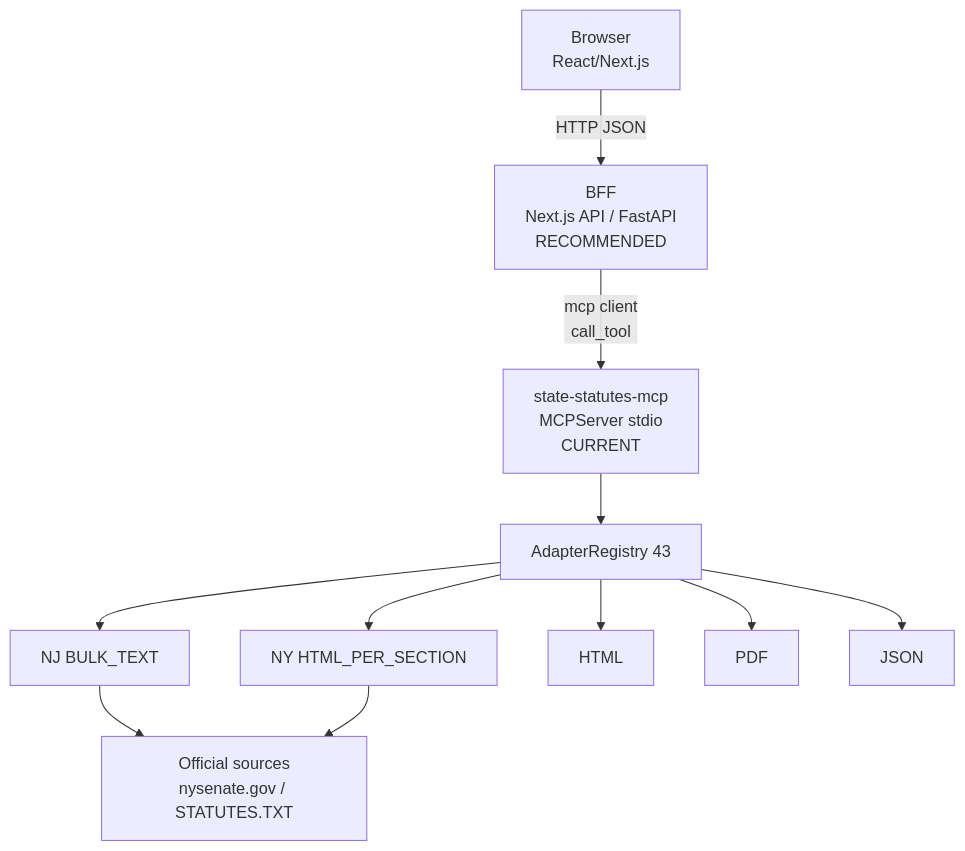
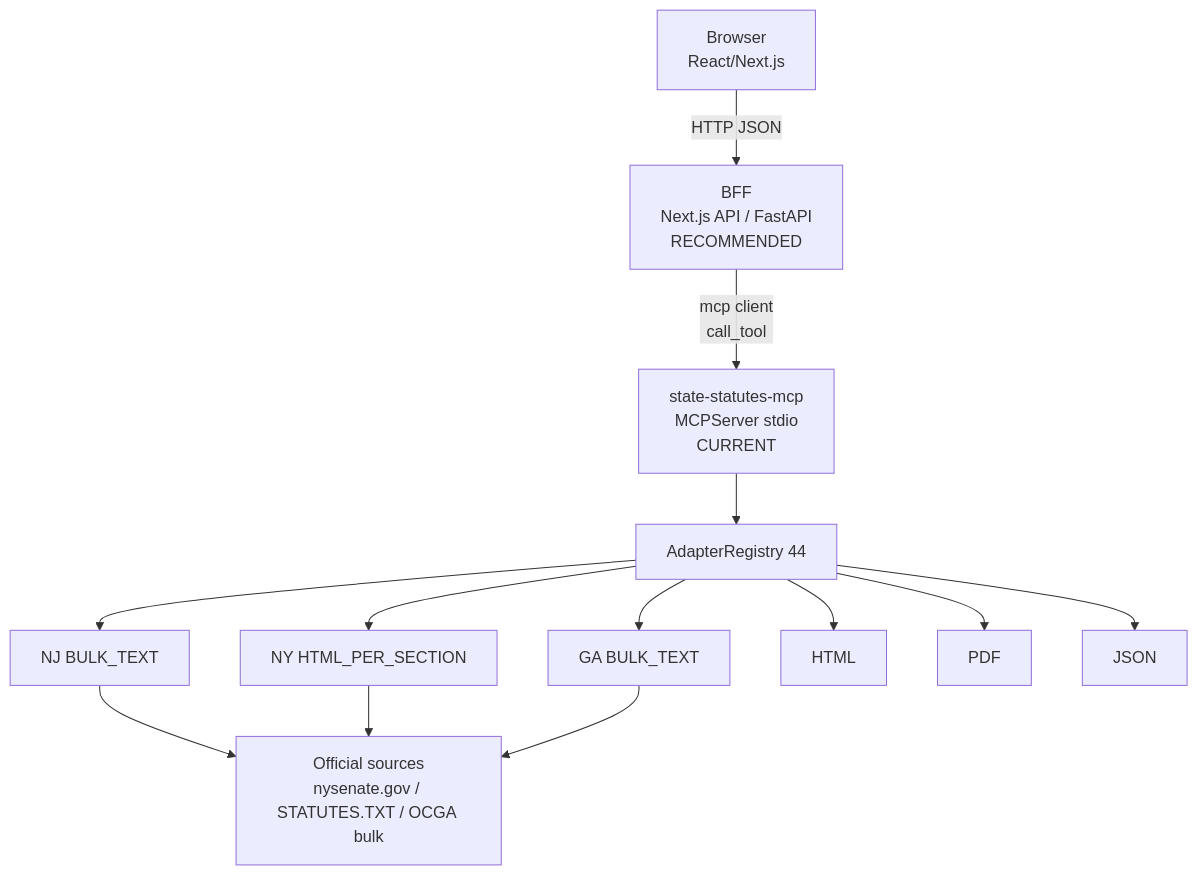
One commit to vvXranjan/state-statutes-mcp changed the fifth of 7 diagrams in handoff.md. Above: the diagram before and after it, drawn with Mermaid. The commit also changed other lines of this file, not shown here.

````diff
--- a/handoff.md
+++ b/handoff.md
@@ -579,17 +580,19 @@
 ```mermaid
 graph TB
     Browser[Browser<br/>React/Next.js]
     BFF[BFF<br/>Next.js API / FastAPI<br/>RECOMMENDED]
     MCP[state-statutes-mcp<br/>MCPServer stdio<br/>CURRENT]
-    REG[AdapterRegistry 43]
+    REG[AdapterRegistry 44]
     NJ[NJ BULK_TEXT]
     NY[NY HTML_PER_SECTION]
-    SRC[Official sources<br/>nysenate.gov / STATUTES.TXT]
+    GA[GA BULK_TEXT]
+    SRC[Official sources<br/>nysenate.gov / STATUTES.TXT / OCGA bulk]
 
     Browser -->|HTTP JSON| BFF
     BFF -->|mcp client<br/>call_tool| MCP
     MCP --> REG
-    REG --> NJ & NY & HTML & PDF & JSON
+    REG --> NJ & NY & GA & HTML & PDF & JSON
     NJ --> SRC
     NY --> SRC
+    GA --> SRC
 ```
````
